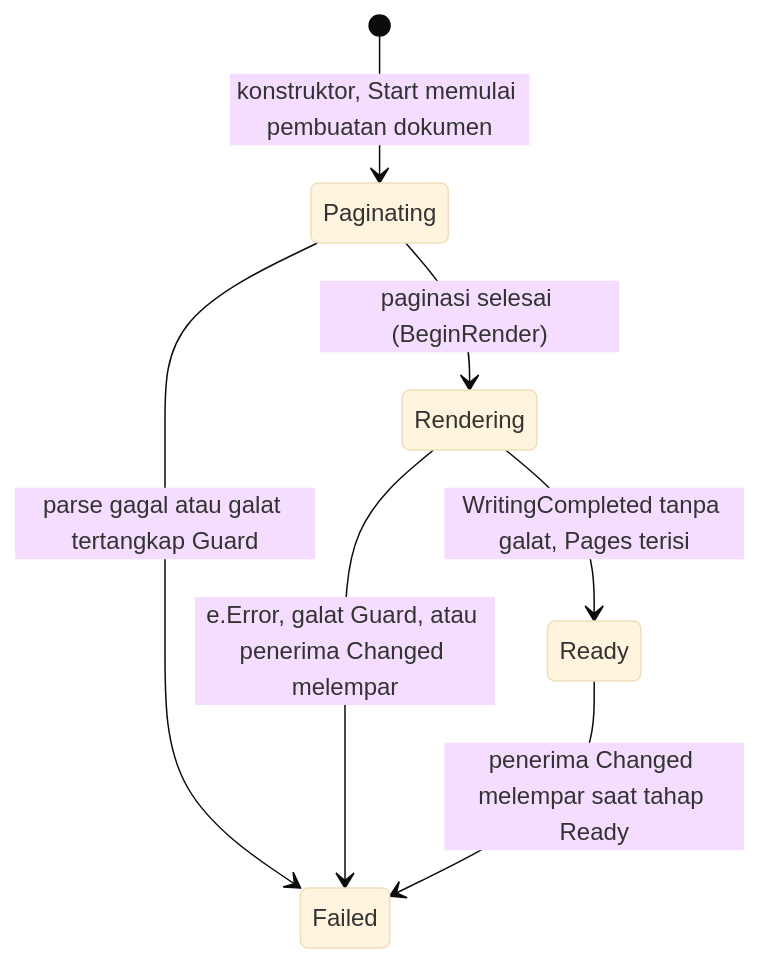
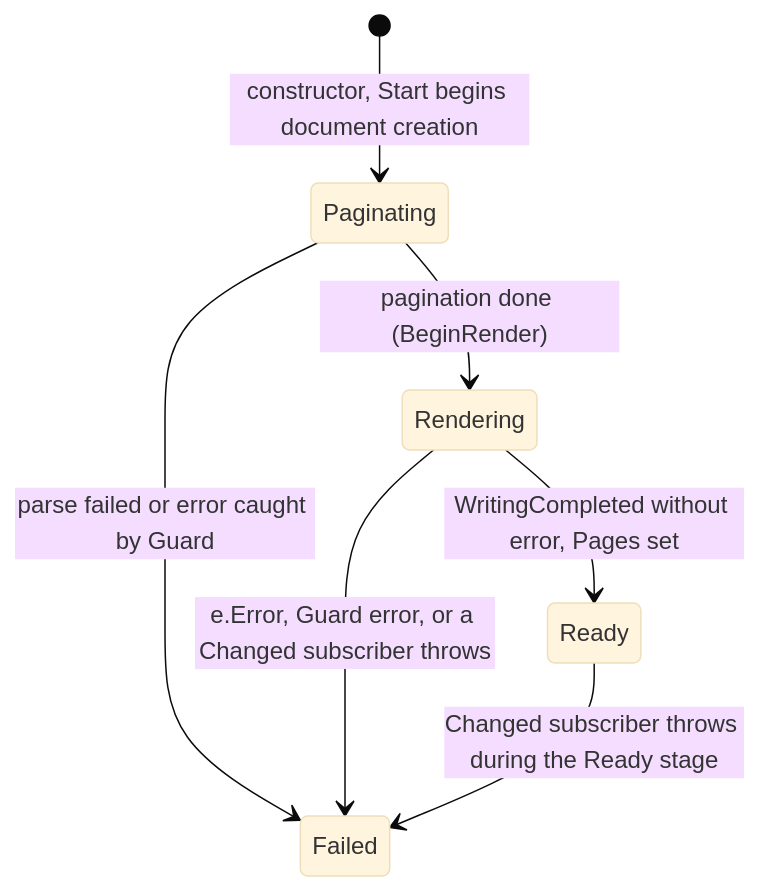
One commit to hoaaah/Makdon changed diagram 14 of 14 in docs/ARCHITECTURE.md. Above: the diagram before and after it, drawn with Mermaid (base theme). The commit also changed other lines of this file and 8 other files, not shown here.

````diff
--- a/docs/ARCHITECTURE.md
+++ b/docs/ARCHITECTURE.md
@@ -724,9 +721,9 @@
 ```mermaid
 stateDiagram-v2
-    [*] --> Paginating: konstruktor, Start memulai pembuatan dokumen
-    Paginating --> Rendering: paginasi selesai (BeginRender)
-    Paginating --> Failed: parse gagal atau galat tertangkap Guard
-    Rendering --> Ready: WritingCompleted tanpa galat, Pages terisi
-    Rendering --> Failed: e.Error, galat Guard, atau penerima Changed melempar
-    Ready --> Failed: penerima Changed melempar saat tahap Ready
+    [*] --> Paginating: constructor, Start begins document creation
+    Paginating --> Rendering: pagination done (BeginRender)
+    Paginating --> Failed: parse failed or error caught by Guard
+    Rendering --> Ready: WritingCompleted without error, Pages set
+    Rendering --> Failed: e.Error, Guard error, or a Changed subscriber throws
+    Ready --> Failed: Changed subscriber throws during the Ready stage
 ```
````
